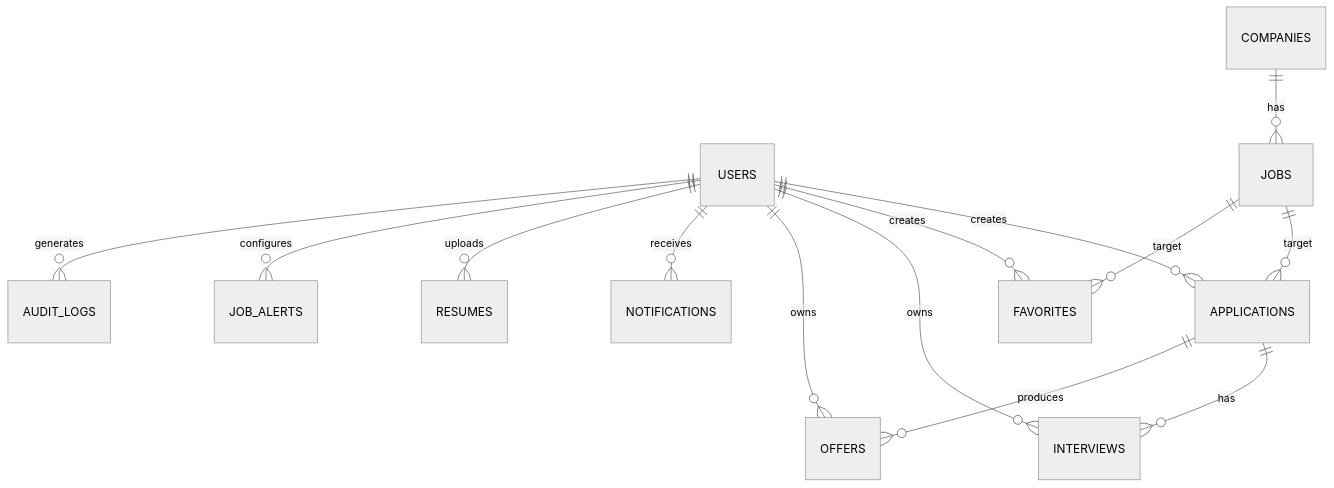
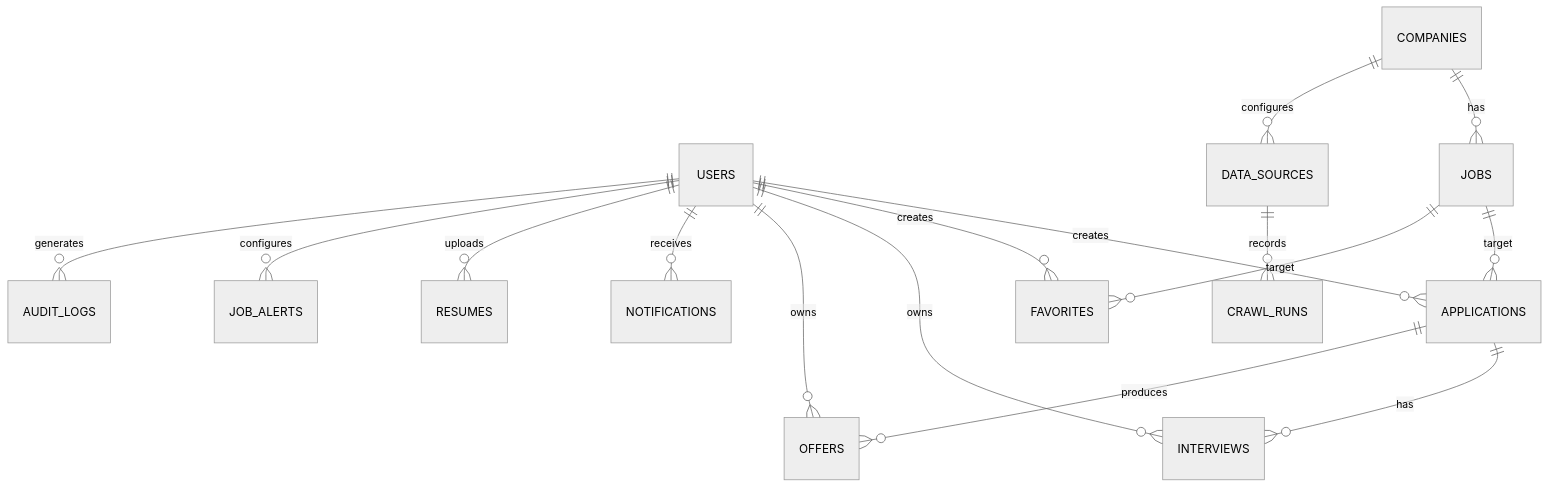
The diagram in docs/DATABASE.md (h46373824-tech/offerPilot-AI), drawn with Mermaid (neutral theme) before and after one commit. The commit also changed other lines of this file and 21 other files, not shown here.

````diff
--- a/docs/DATABASE.md
+++ b/docs/DATABASE.md
@@ -29,16 +30,18 @@
 ```mermaid
 erDiagram
     USERS ||--o{ APPLICATIONS : creates
     USERS ||--o{ FAVORITES : creates
     USERS ||--o{ INTERVIEWS : owns
     USERS ||--o{ OFFERS : owns
     USERS ||--o{ NOTIFICATIONS : receives
     USERS ||--o{ RESUMES : uploads
     USERS ||--o{ JOB_ALERTS : configures
     USERS ||--o{ AUDIT_LOGS : generates
     COMPANIES ||--o{ JOBS : has
     JOBS ||--o{ APPLICATIONS : target
     JOBS ||--o{ FAVORITES : target
     APPLICATIONS ||--o{ INTERVIEWS : has
     APPLICATIONS ||--o{ OFFERS : produces
+    COMPANIES ||--o{ DATA_SOURCES : configures
+    DATA_SOURCES ||--o{ CRAWL_RUNS : records
 ```
````
